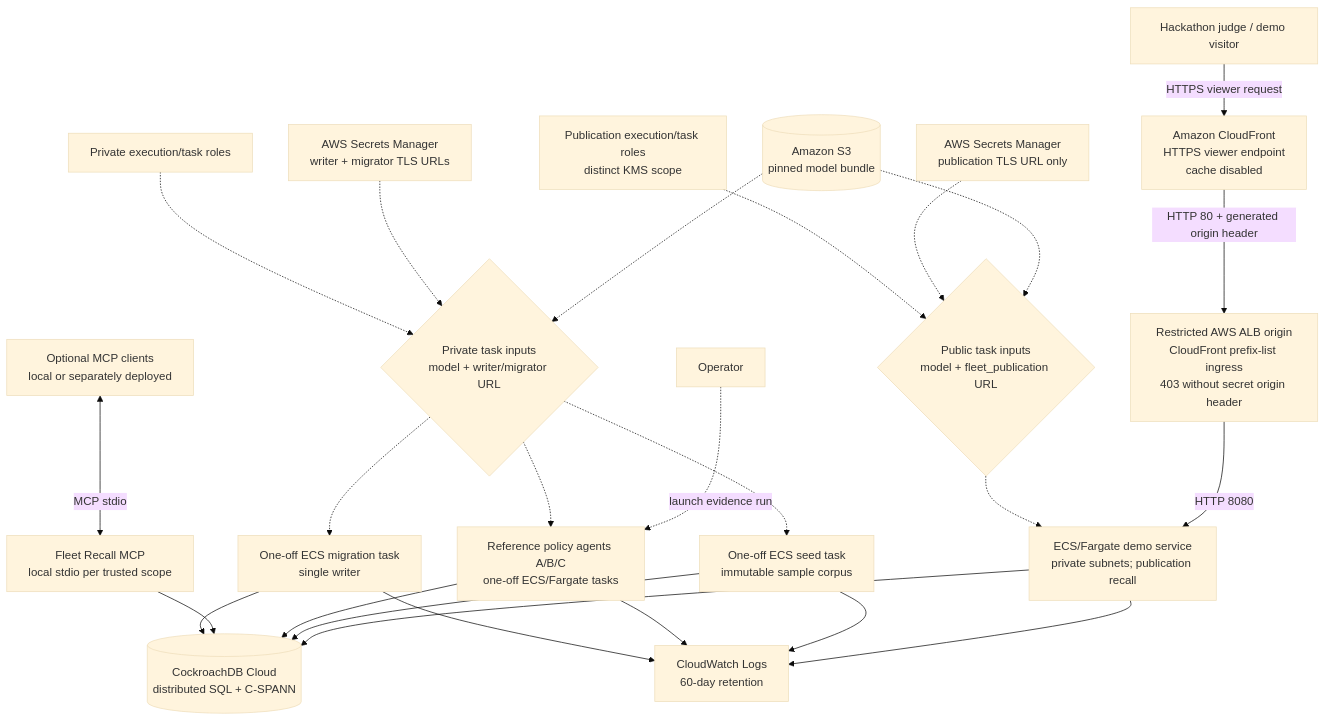
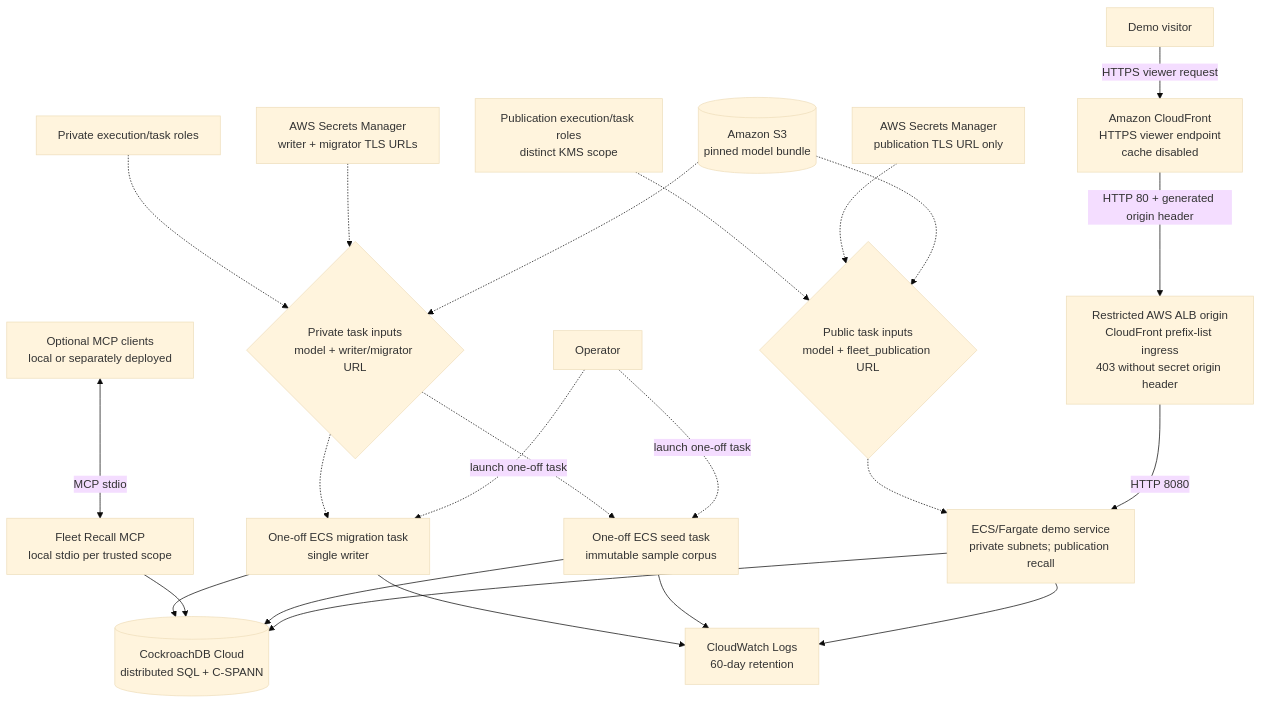
The first of 3 diagrams in docs/ARCHITECTURE.md (os-tack/ostk-fleet-recall), drawn with Mermaid (base theme) before and after one commit. The commit also changed other lines of this file and 41 other files, not shown here.

````diff
--- a/docs/ARCHITECTURE.md
+++ b/docs/ARCHITECTURE.md
@@ -20,48 +23,45 @@
 ```mermaid
 %%{init: {"flowchart": {"rankSpacing": 46.5}}}%%
 flowchart TB
-    visitor["Hackathon judge / demo visitor"]
+    visitor["Demo visitor"]
     operator["Operator"]
     cloudfront["Amazon CloudFront\nHTTPS viewer endpoint\ncache disabled"]
     alb["Restricted AWS ALB origin\nCloudFront prefix-list ingress\n403 without secret origin header"]
     demo["ECS/Fargate demo service\nprivate subnets; publication recall"]
     seed["One-off ECS seed task\nimmutable sample corpus"]
-    policy["Reference policy agents A/B/C\none-off ECS/Fargate tasks"]
     agents["Optional MCP clients\nlocal or separately deployed"]
     mcp["Fleet Recall MCP\nlocal stdio per trusted scope"]
     s3[("Amazon S3\npinned model bundle")]
     publication_secret["AWS Secrets Manager\npublication TLS URL only"]
     private_secrets["AWS Secrets Manager\nwriter + migrator TLS URLs"]
     publication_iam["Publication execution/task roles\ndistinct KMS scope"]
     private_iam["Private execution/task roles"]
     public_inputs{"Public task inputs\nmodel + fleet_publication URL"}
     private_inputs{"Private task inputs\nmodel + writer/migrator URL"}
     crdb[("CockroachDB Cloud\ndistributed SQL + C-SPANN")]
     migrator["One-off ECS migration task\nsingle writer"]
     logs["CloudWatch Logs\n60-day retention"]
 
     visitor -->|HTTPS viewer request| cloudfront
     cloudfront -->|HTTP 80 + generated origin header| alb
-    operator -.->|launch evidence run| policy
+    operator -.->|launch one-off task| migrator
+    operator -.->|launch one-off task| seed
     alb -->|HTTP 8080| demo
     agents <-->|MCP stdio| mcp
     s3 -.-> public_inputs
     s3 -.-> private_inputs
     publication_secret -.-> public_inputs
     private_secrets -.-> private_inputs
     publication_iam -.-> public_inputs
     private_iam -.-> private_inputs
     public_inputs -.-> demo
     private_inputs -.-> seed
     private_inputs -.-> migrator
-    private_inputs -.-> policy
     demo --> crdb
     seed --> crdb
-    policy --> crdb
     mcp --> crdb
     migrator --> crdb
     demo --> logs
     seed --> logs
-    policy --> logs
     migrator --> logs
 ```
````
